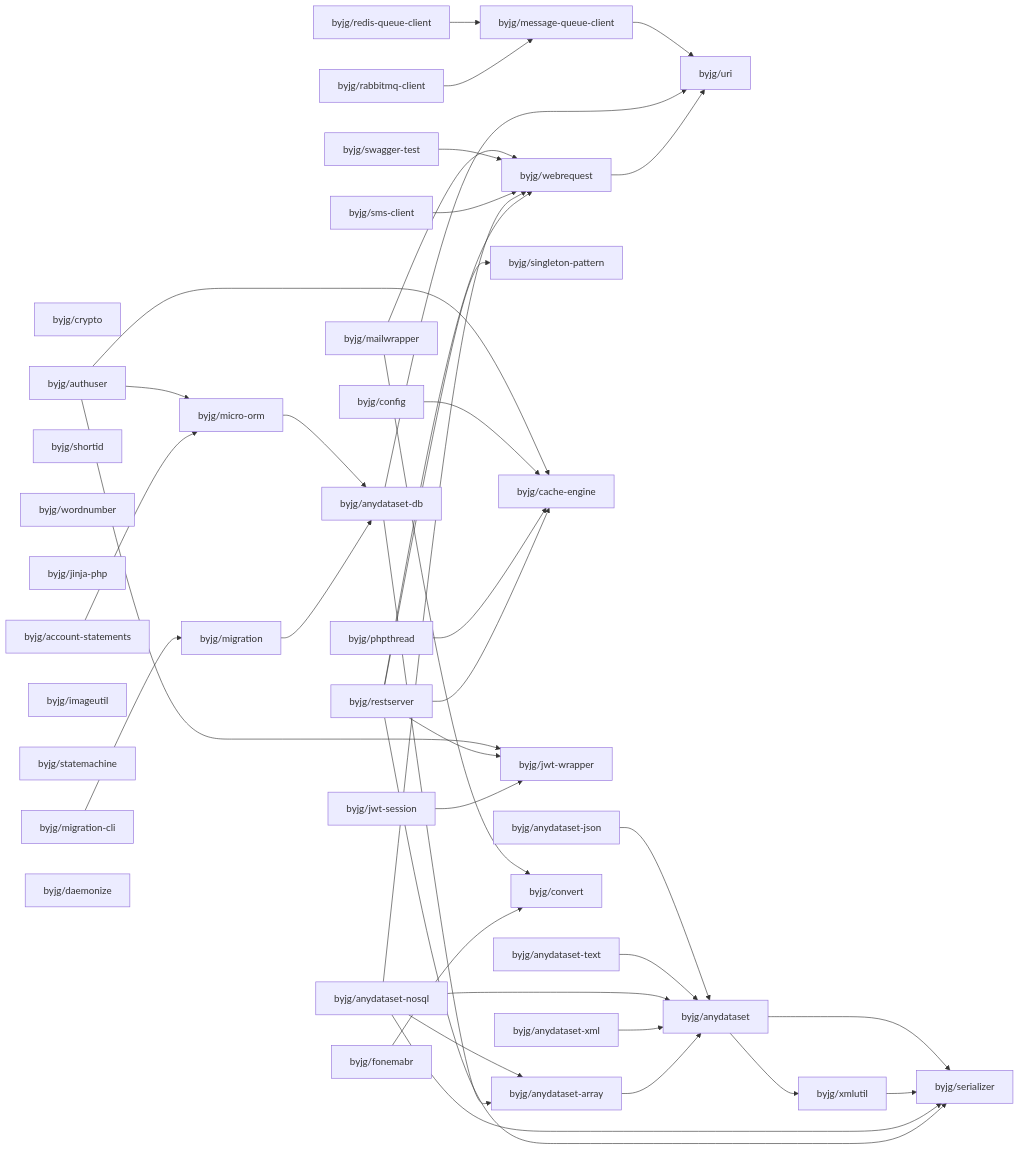
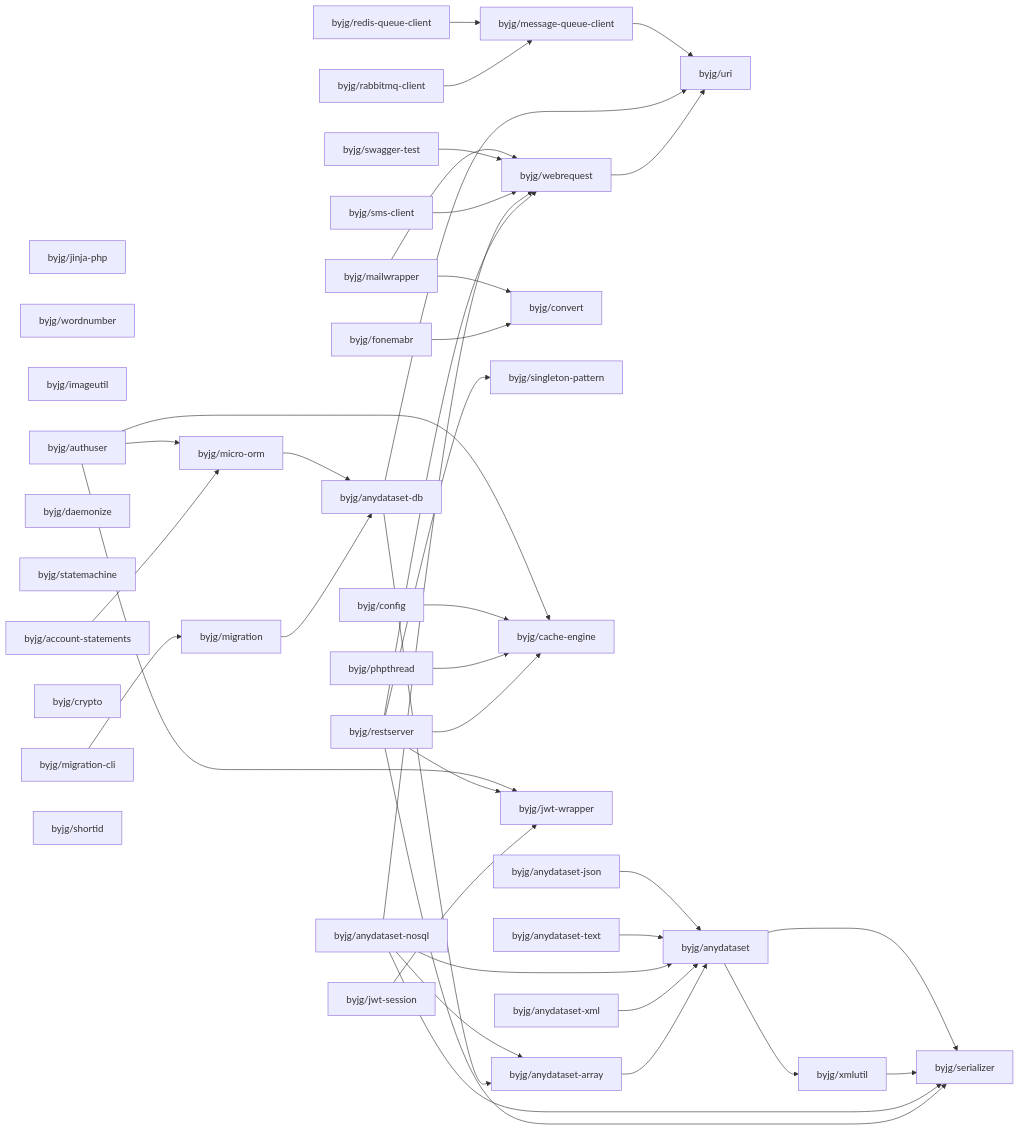
Before and after one commit to byjg/byjg.github.io: the diagram in docs/php/README.md, drawn with Mermaid. The commit also changed other lines of this file, not shown here.

Commit message:
Update documentation 'php' 'php-anydataset-nosql'

````diff
--- a/docs/php/README.md
+++ b/docs/php/README.md
@@ -3,78 +3,78 @@
 ```mermaid
 graph LR;
+  byjg/sms-client;
+  byjg/mailwrapper;
+  byjg/jinja-php;
+  byjg/fonemabr;
+  byjg/wordnumber;
+  byjg/anydataset-text;
+  byjg/jwt-session;
+  byjg/imageutil;
+  byjg/account-statements;
+  byjg/phpthread;
+  byjg/daemonize;
+  byjg/statemachine;
+  byjg/migration-cli;
+  byjg/config;
+  byjg/anydataset-xml;
+  byjg/crypto;
+  byjg/rabbitmq-client;
+  byjg/restserver;
+  byjg/anydataset-nosql;
+  byjg/authuser;
+  byjg/swagger-test;
+  byjg/shortid;
   byjg/redis-queue-client;
-  byjg/phpthread;
-  byjg/anydataset-text;
-  byjg/crypto;
-  byjg/authuser;
-  byjg/jwt-session;
-  byjg/swagger-test;
-  byjg/config;
-  byjg/fonemabr;
-  byjg/shortid;
-  byjg/restserver;
-  byjg/wordnumber;
-  byjg/jinja-php;
-  byjg/account-statements;
-  byjg/rabbitmq-client;
-  byjg/mailwrapper;
   byjg/anydataset-json;
-  byjg/anydataset-xml;
-  byjg/imageutil;
-  byjg/statemachine;
-  byjg/sms-client;
-  byjg/migration-cli;
-  byjg/daemonize;
-  byjg/anydataset-nosql;
+  byjg/convert;
+  byjg/migration;
   byjg/singleton-pattern;
+  byjg/micro-orm;
   byjg/cache-engine;
   byjg/jwt-wrapper;
-  byjg/micro-orm;
+  byjg/webrequest;
   byjg/message-queue-client;
-  byjg/convert;
-  byjg/migration;
-  byjg/webrequest;
   byjg/anydataset-db;
   byjg/anydataset-array;
   byjg/uri;
   byjg/anydataset;
   byjg/xmlutil;
   byjg/serializer;
   byjg/account-statements --> byjg/micro-orm;
   byjg/fonemabr --> byjg/convert;
   byjg/webrequest --> byjg/uri;
   byjg/anydataset-array --> byjg/anydataset;
   byjg/anydataset-xml --> byjg/anydataset;
   byjg/rabbitmq-client --> byjg/message-queue-client;
   byjg/redis-queue-client --> byjg/message-queue-client;
   byjg/jwt-session --> byjg/jwt-wrapper;
   byjg/anydataset-db --> byjg/anydataset-array;
   byjg/anydataset-db --> byjg/uri;
   byjg/restserver --> byjg/serializer;
   byjg/restserver --> byjg/singleton-pattern;
   byjg/restserver --> byjg/cache-engine;
   byjg/restserver --> byjg/webrequest;
   byjg/restserver --> byjg/jwt-wrapper;
   byjg/migration --> byjg/anydataset-db;
   byjg/anydataset-nosql --> byjg/anydataset;
   byjg/anydataset-nosql --> byjg/anydataset-array;
   byjg/anydataset-nosql --> byjg/serializer;
   byjg/anydataset-nosql --> byjg/webrequest;
   byjg/phpthread --> byjg/cache-engine;
   byjg/sms-client --> byjg/webrequest;
   byjg/swagger-test --> byjg/webrequest;
   byjg/migration-cli --> byjg/migration;
   byjg/config --> byjg/cache-engine;
   byjg/anydataset-text --> byjg/anydataset;
   byjg/micro-orm --> byjg/anydataset-db;
   byjg/authuser --> byjg/micro-orm;
   byjg/authuser --> byjg/cache-engine;
   byjg/authuser --> byjg/jwt-wrapper;
   byjg/anydataset-json --> byjg/anydataset;
   byjg/mailwrapper --> byjg/convert;
   byjg/mailwrapper --> byjg/webrequest;
   byjg/xmlutil --> byjg/serializer;
   byjg/anydataset --> byjg/serializer;
   byjg/anydataset --> byjg/xmlutil;
   byjg/message-queue-client --> byjg/uri;
 ```
````
